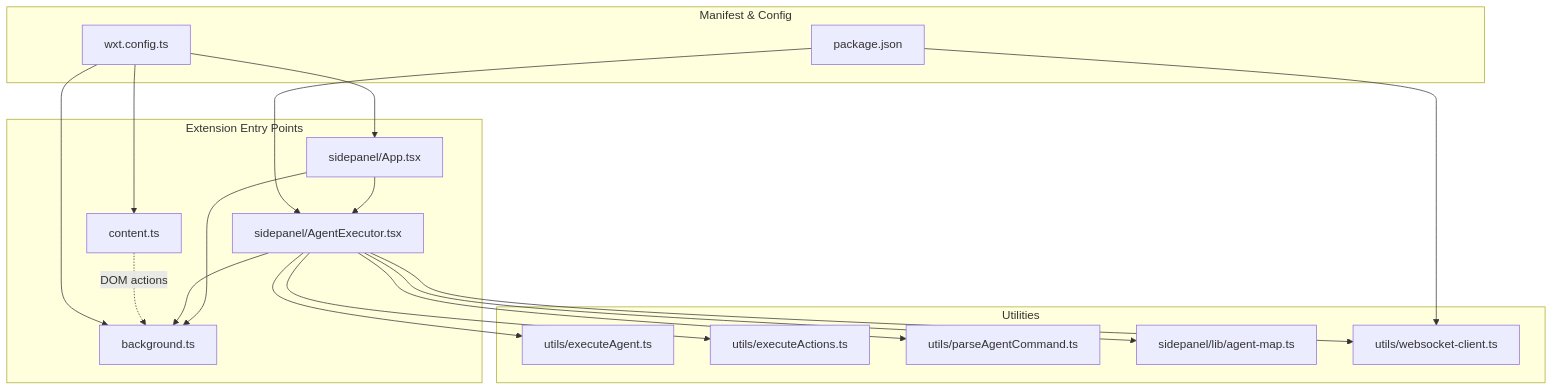
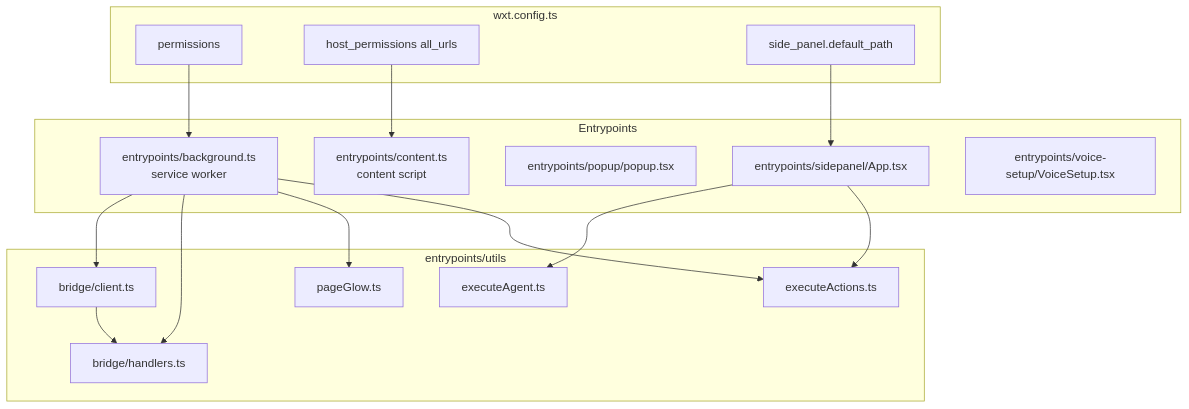
One commit to tashifkhan/tashif.codes changed the first of 6 diagrams in src/data/docs/agentic-browser/Browser Automation/Extension Architecture and Components.md. Above: the diagram before and after it, drawn with Mermaid. The commit also changed other lines of this file and 114 other files, not shown here.

````diff
--- a/src/data/docs/agentic-browser/Browser Automation/Extension Architecture and Components.md
+++ b/src/data/docs/agentic-browser/Browser Automation/Extension Architecture and Components.md
@@ -9,34 +18,32 @@
 ```mermaid
 graph TB
-subgraph "Extension Entry Points"
-BG["background.ts"]
-CT["content.ts"]
-SP["sidepanel/App.tsx"]
-AE["sidepanel/AgentExecutor.tsx"]
-end
-subgraph "Utilities"
-EA["utils/executeAgent.ts"]
-EAct["utils/executeActions.ts"]
-PAC["utils/parseAgentCommand.ts"]
-AM["sidepanel/lib/agent-map.ts"]
-WS["utils/websocket-client.ts"]
-end
-subgraph "Manifest & Config"
-WC["wxt.config.ts"]
-PKG["package.json"]
-end
-SP --> AE
-AE --> EA
-AE --> EAct
-AE --> PAC
-AE --> AM
-AE --> WS
-SP --> BG
-AE --> BG
-CT -. "DOM actions" .-> BG
-WC --> BG
-WC --> CT
-WC --> SP
-PKG --> AE
-PKG --> WS
+  subgraph Entrypoints
+    BG["entrypoints/background.ts<br/>service worker"]
+    CT["entrypoints/content.ts<br/>content script"]
+    PU["entrypoints/popup/popup.tsx"]
+    SP["entrypoints/sidepanel/App.tsx"]
+    VS["entrypoints/voice-setup/VoiceSetup.tsx"]
+  end
+  subgraph Utils["entrypoints/utils"]
+    BC["bridge/client.ts"]
+    BH["bridge/handlers.ts"]
+    PG["pageGlow.ts"]
+    EX["executeAgent.ts"]
+    EA["executeActions.ts"]
+  end
+  subgraph Manifest["wxt.config.ts"]
+    MP["permissions"]
+    HP["host_permissions all_urls"]
+    SPP["side_panel.default_path"]
+  end
+  BG --> BC
+  BG --> BH
+  BG --> PG
+  BG --> EA
+  BC --> BH
+  SP --> EX
+  SP --> EA
+  MP --> BG
+  HP --> CT
+  SPP --> SP
 ```
````
